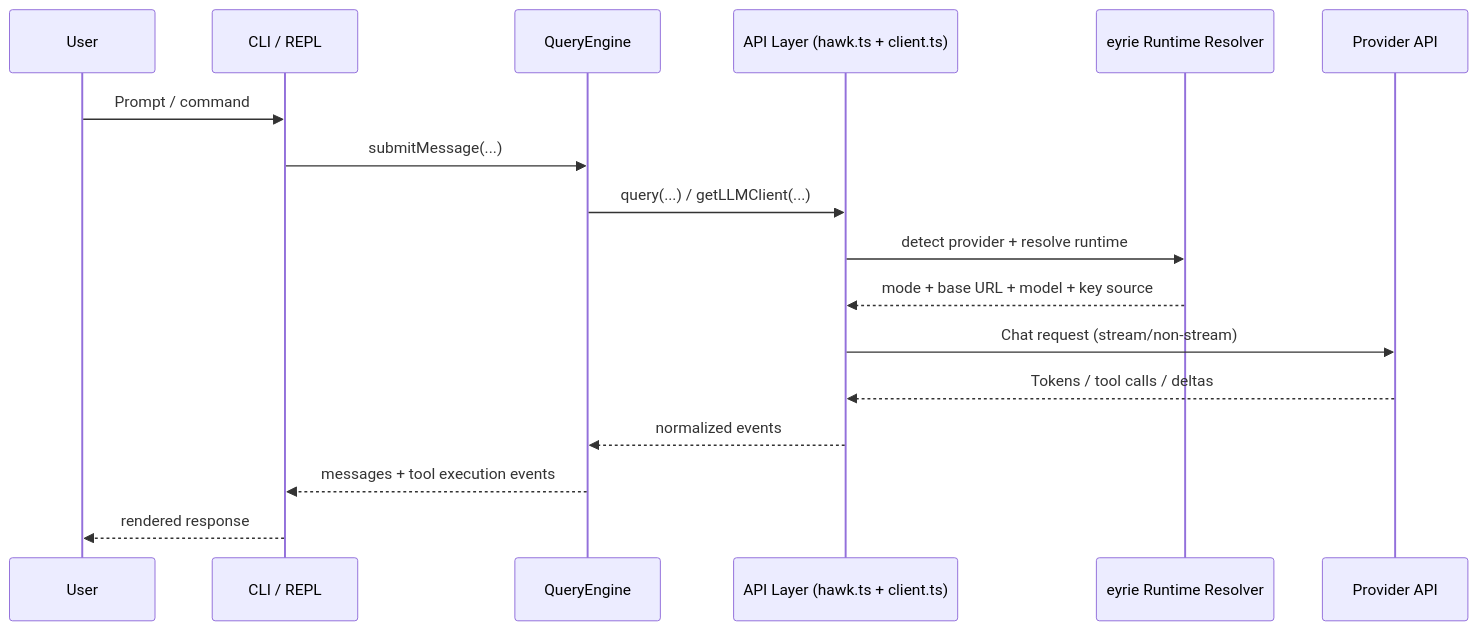
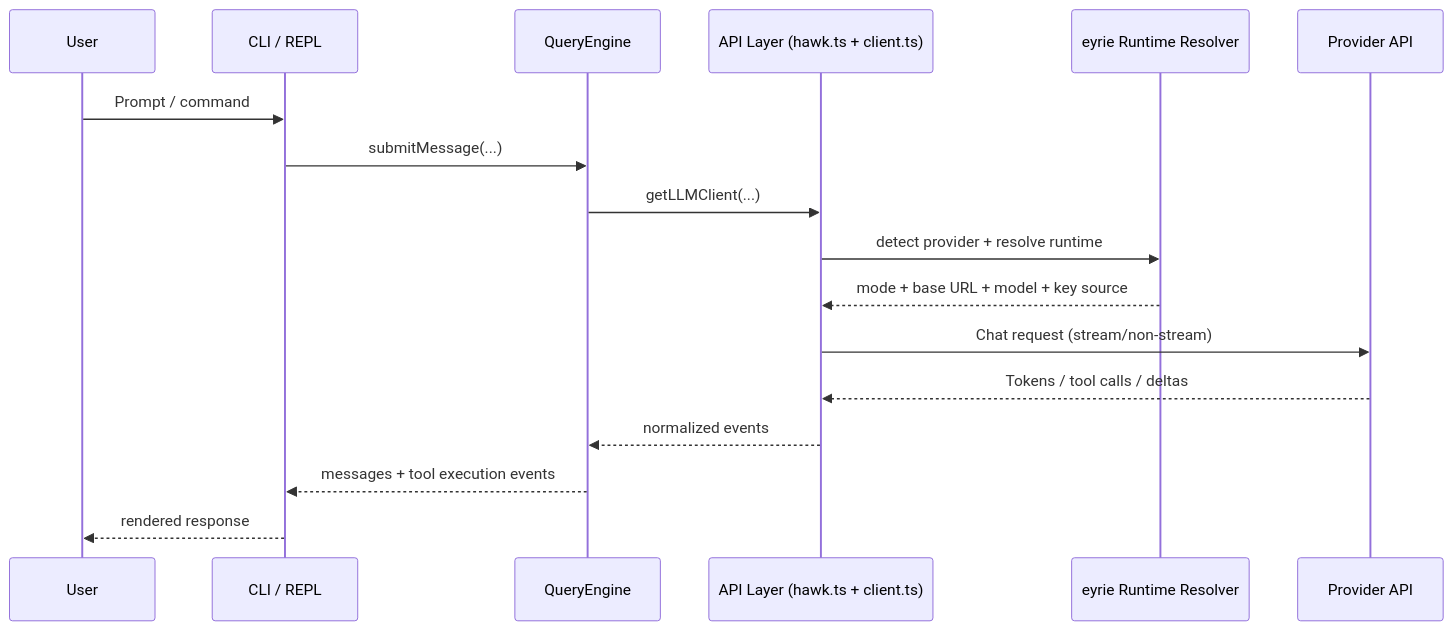
One commit to GrayCodeAI/hawk changed the third of 4 diagrams in ARCHITECTURE.md. Above: the diagram before and after it, drawn with Mermaid. The commit also changed 300 other files, not shown here.

````diff
--- a/ARCHITECTURE.md
+++ b/ARCHITECTURE.md
@@ -46,20 +46,20 @@
 ```mermaid
 sequenceDiagram
   participant U as User
   participant C as CLI / REPL
   participant Q as QueryEngine
   participant A as API Layer (hawk.ts + client.ts)
   participant E as eyrie Runtime Resolver
   participant P as Provider API
 
   U->>C: Prompt / command
   C->>Q: submitMessage(...)
-  Q->>A: query(...) / getLLMClient(...)
+  Q->>A: getLLMClient(...)
   A->>E: detect provider + resolve runtime
   E-->>A: mode + base URL + model + key source
   A->>P: Chat request (stream/non-stream)
   P-->>A: Tokens / tool calls / deltas
   A-->>Q: normalized events
   Q-->>C: messages + tool execution events
   C-->>U: rendered response
 ```
````
